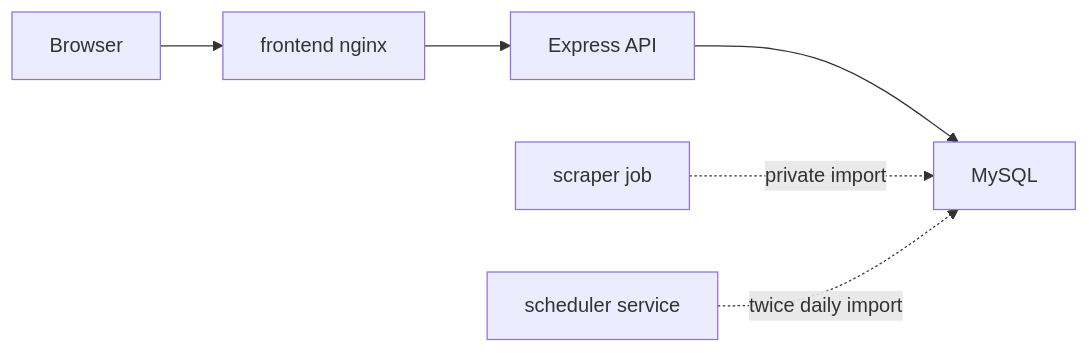
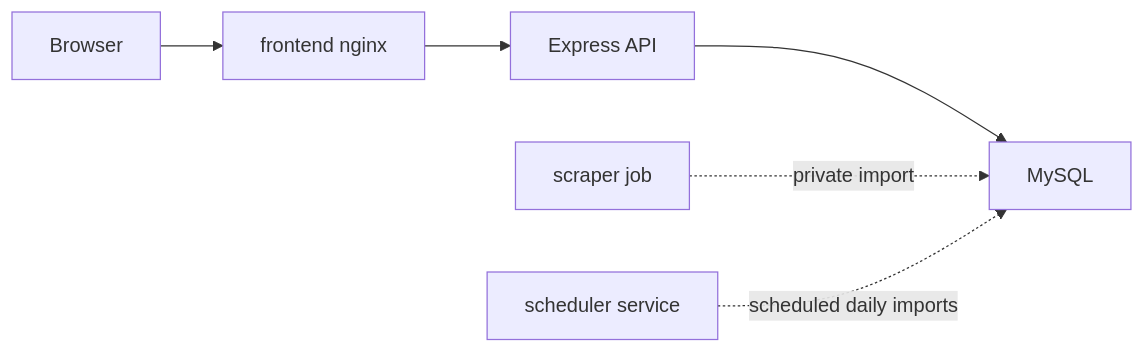
Before and after one commit to ChaddBrenner/ElonMealsDB: the diagram in docs/portfolio-case-study.md, drawn with Mermaid. The commit also changed other lines of this file and 36 other files, not shown here.

````diff
--- a/docs/portfolio-case-study.md
+++ b/docs/portfolio-case-study.md
@@ -27,8 +27,8 @@
 ```mermaid
 flowchart LR
   Browser["Browser"] --> Frontend["frontend nginx"]
   Frontend --> Backend["Express API"]
   Backend --> MySQL["MySQL"]
   Scraper["scraper job"] -. "private import" .-> MySQL
-  Scheduler["scheduler service"] -. "twice daily import" .-> MySQL
+  Scheduler["scheduler service"] -. "scheduled daily imports" .-> MySQL
 ```
````
